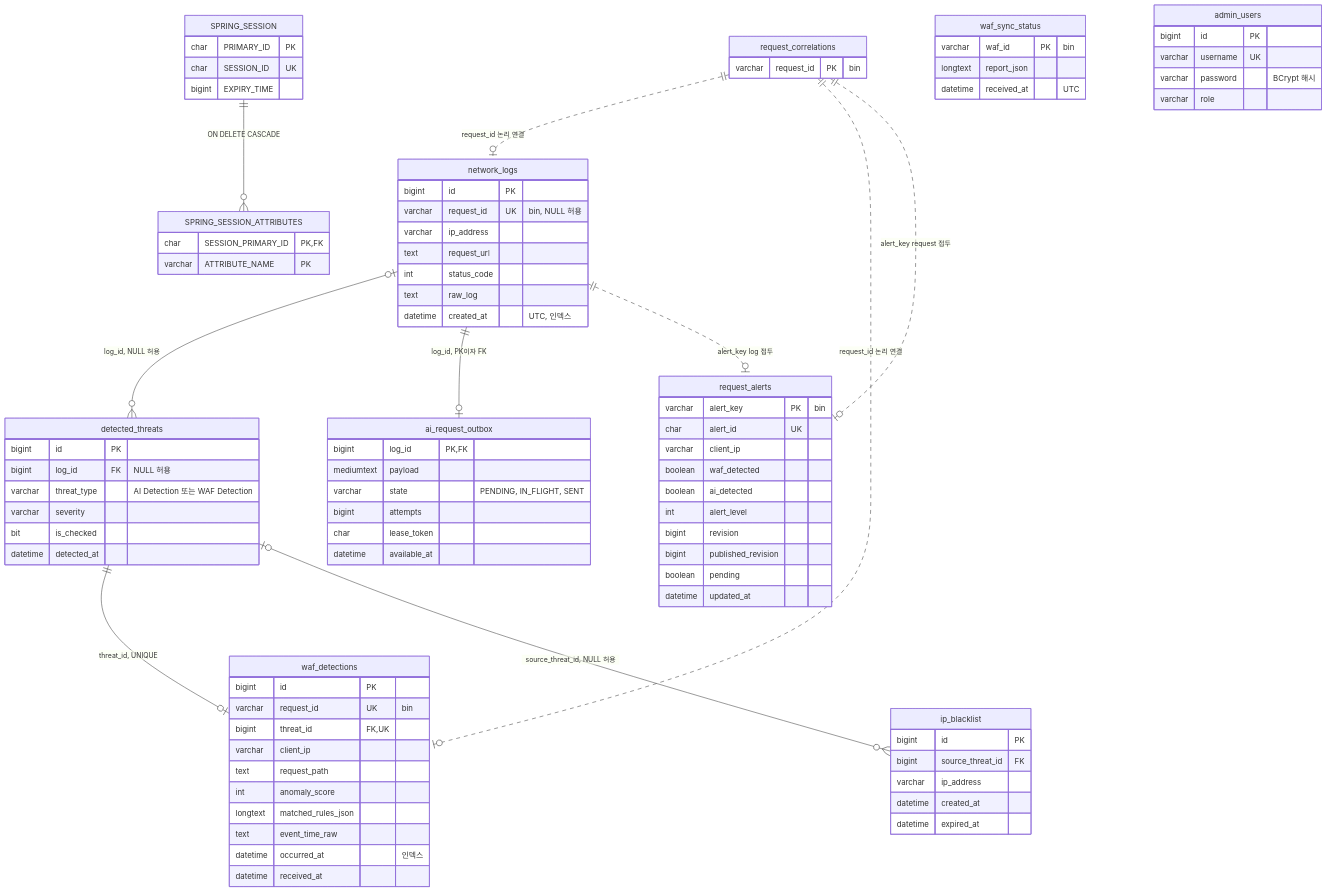
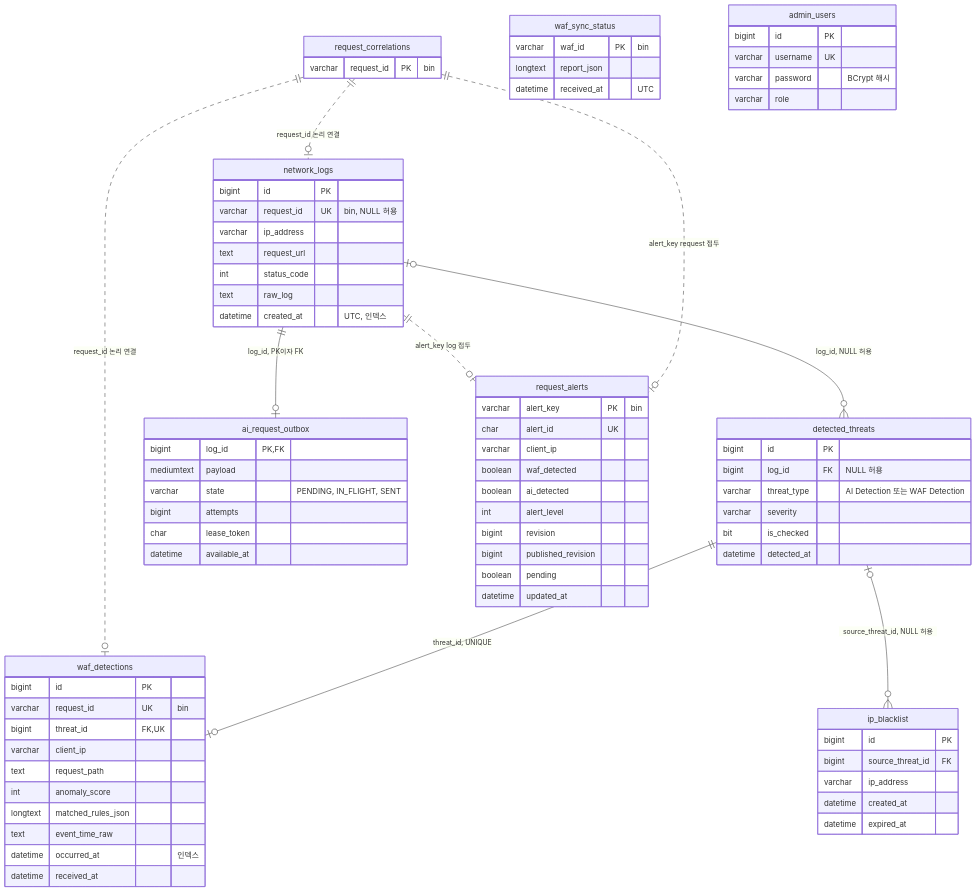
The diagram in docs/design/07_database.md (Nagyun-oh/2026_kw_capstone_project), drawn with Mermaid before and after one commit. The commit also changed other lines of this file and 4 other files, not shown here.

First line of the commit message:
docs: reflect schema, config and login-limit fixes in design docs

````diff
--- a/docs/design/07_database.md
+++ b/docs/design/07_database.md
@@ -27,7 +30,6 @@
     detected_threats ||--o| waf_detections : "threat_id, UNIQUE"
     detected_threats |o--o{ ip_blacklist : "source_threat_id, NULL 허용"
     network_logs ||--o| ai_request_outbox : "log_id, PK이자 FK"
-    SPRING_SESSION ||--o{ SPRING_SESSION_ATTRIBUTES : "ON DELETE CASCADE"
     request_correlations ||..o| network_logs : "request_id 논리 연결"
     request_correlations ||..o| waf_detections : "request_id 논리 연결"
     request_correlations ||..o| request_alerts : "alert_key request 접두"
@@ -103,13 +105,4 @@
         varchar password "BCrypt 해시"
         varchar role
     }
-    SPRING_SESSION {
-        char PRIMARY_ID PK
-        char SESSION_ID UK
-        bigint EXPIRY_TIME
-    }
-    SPRING_SESSION_ATTRIBUTES {
-        char SESSION_PRIMARY_ID PK, FK
-        varchar ATTRIBUTE_NAME PK
-    }
 ```
````
